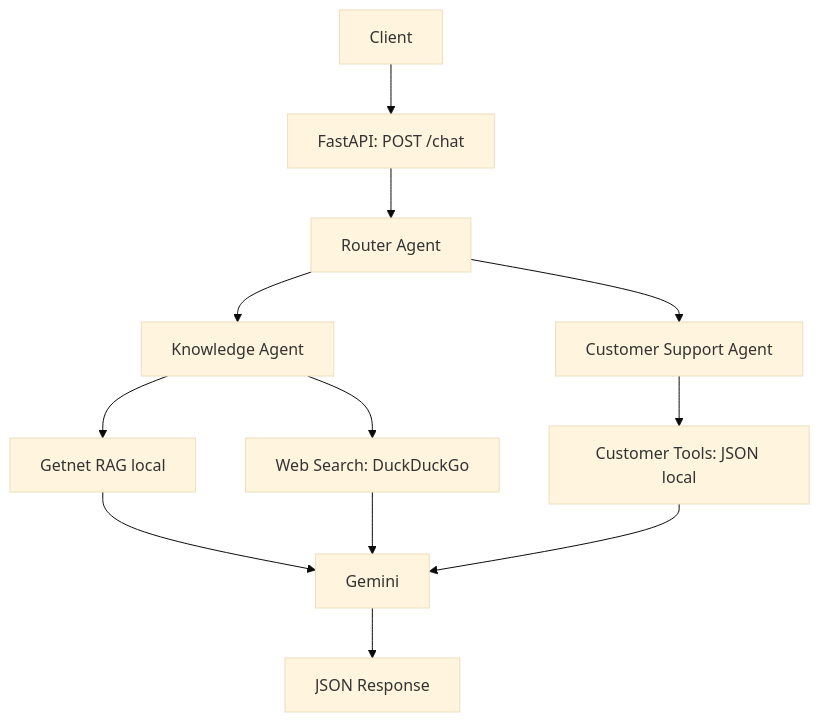
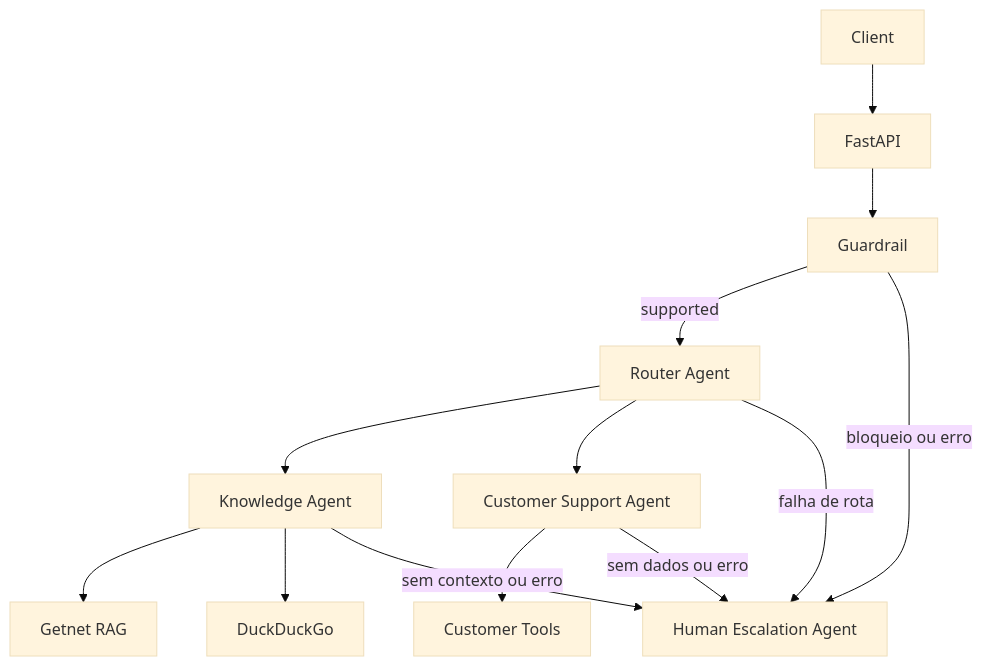
Before and after one commit to Krystian-Keller/IA_HARDCORE_ENGINEER: the diagram in README.md, drawn with Mermaid (base theme). The commit also changed other lines of this file and 20 other files, not shown here.

````diff
--- a/README.md
+++ b/README.md
@@ -7,14 +127,15 @@
 ```mermaid
 flowchart TD
-    C[Client] --> F[FastAPI: POST /chat]
-    F --> R[Router Agent]
+    C[Client] --> F[FastAPI]
+    F --> G[Guardrail]
+    G -->|supported| R[Router Agent]
+    G -->|bloqueio ou erro| H[Human Escalation Agent]
     R --> K[Knowledge Agent]
     R --> S[Customer Support Agent]
-    K --> G[Getnet RAG local]
-    K --> W[Web Search: DuckDuckGo]
-    S --> T[Customer Tools: JSON local]
-    G --> L[Gemini]
-    W --> L
-    T --> L
-    L --> J[JSON Response]
+    R -->|falha de rota| H
+    K --> A[Getnet RAG]
+    K --> B[DuckDuckGo]
+    K -->|sem contexto ou erro| H
+    S --> T[Customer Tools]
+    S -->|sem dados ou erro| H
 ```
````
